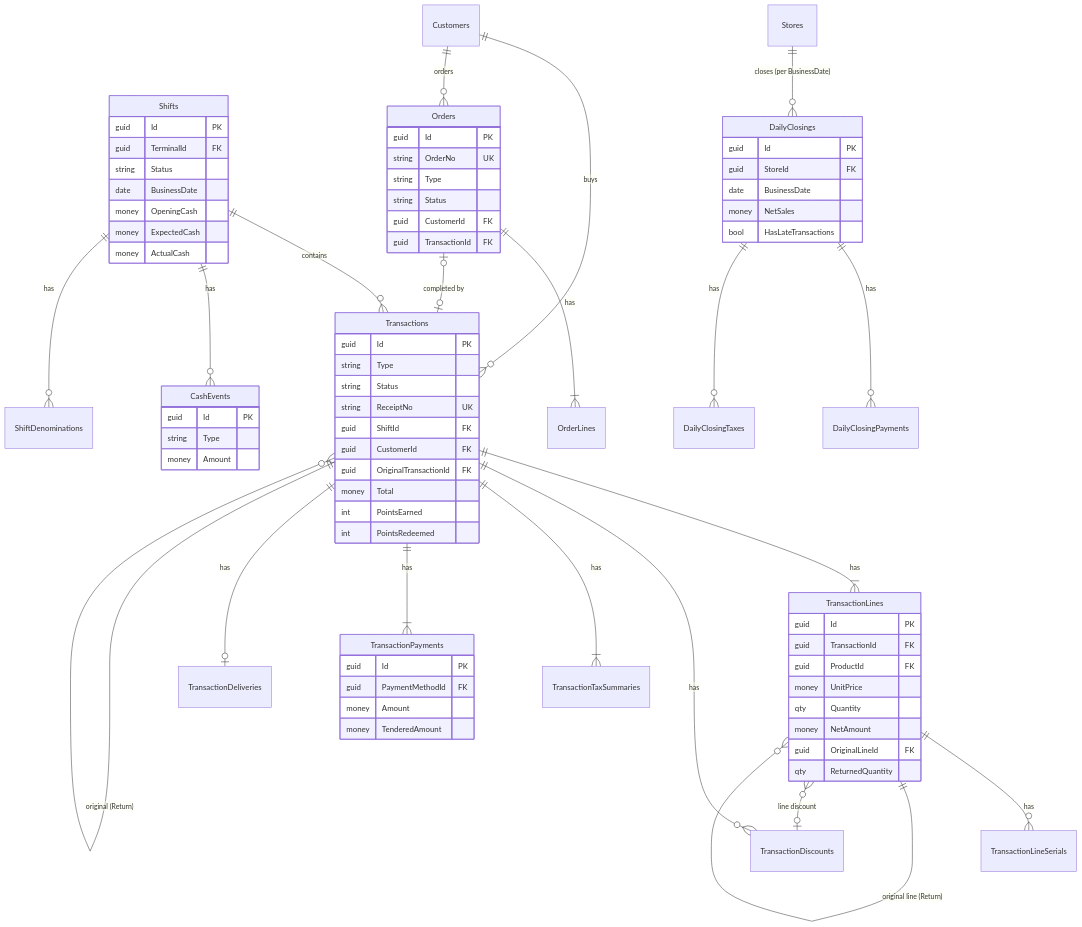
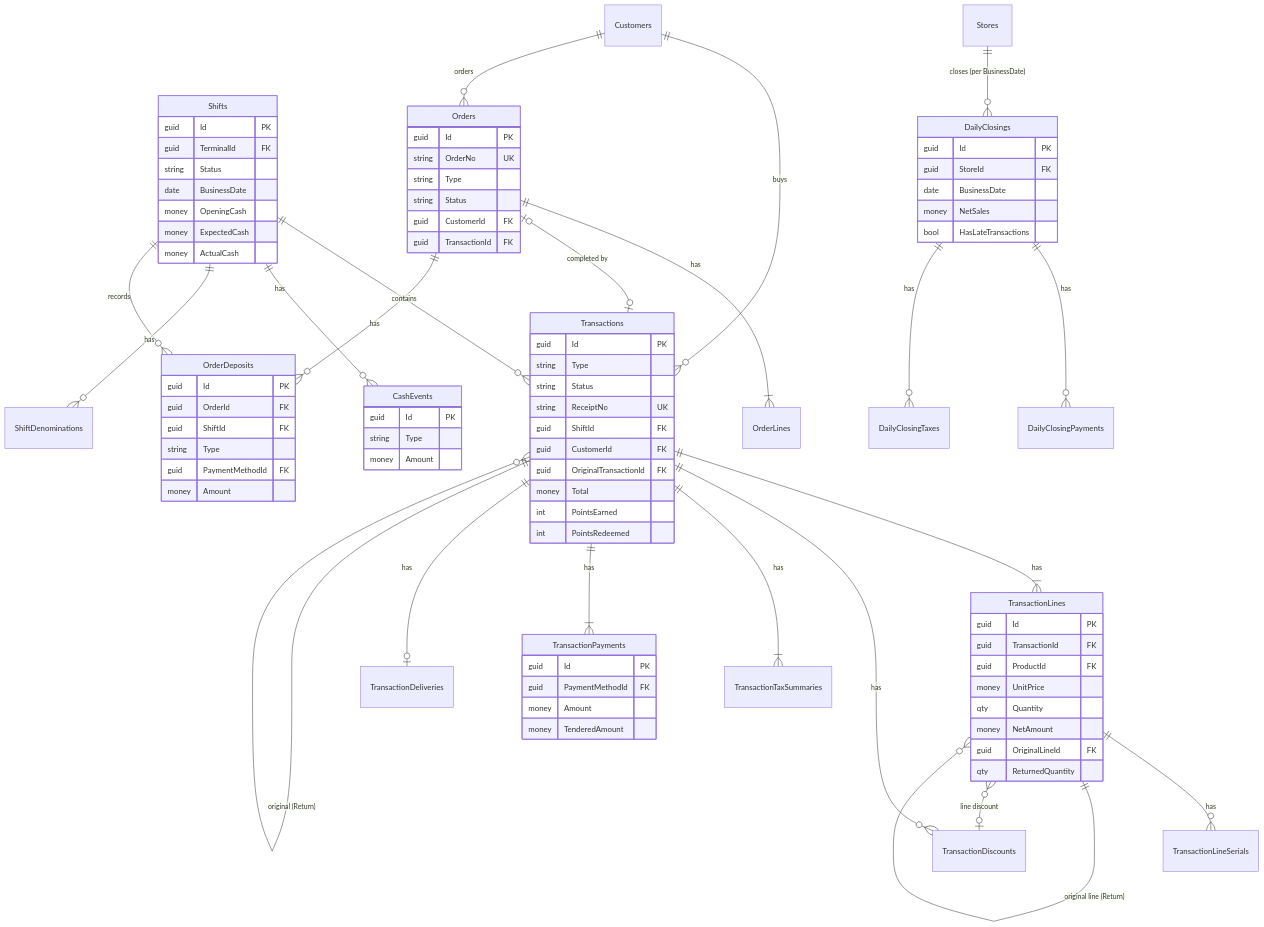
The second of 3 diagrams in docs/db-design.md (usausa/example-maui-pos), drawn with Mermaid before and after one commit. The commit also changed other lines of this file and 86 other files, not shown here.

````diff
--- a/docs/db-design.md
+++ b/docs/db-design.md
@@ -154,6 +154,8 @@
     DailyClosings ||--o{ DailyClosingTaxes : has
     Orders ||--|{ OrderLines : has
     Orders |o--o| Transactions : "completed by"
+    Orders ||--o{ OrderDeposits : has
+    Shifts ||--o{ OrderDeposits : records
     Customers ||--o{ Orders : orders
     Shifts {
         guid Id PK
@@ -212,4 +214,12 @@
         guid CustomerId FK
         guid TransactionId FK
     }
+    OrderDeposits {
+        guid Id PK
+        guid OrderId FK
+        guid ShiftId FK
+        string Type
+        guid PaymentMethodId FK
+        money Amount
+    }
 ```
````
